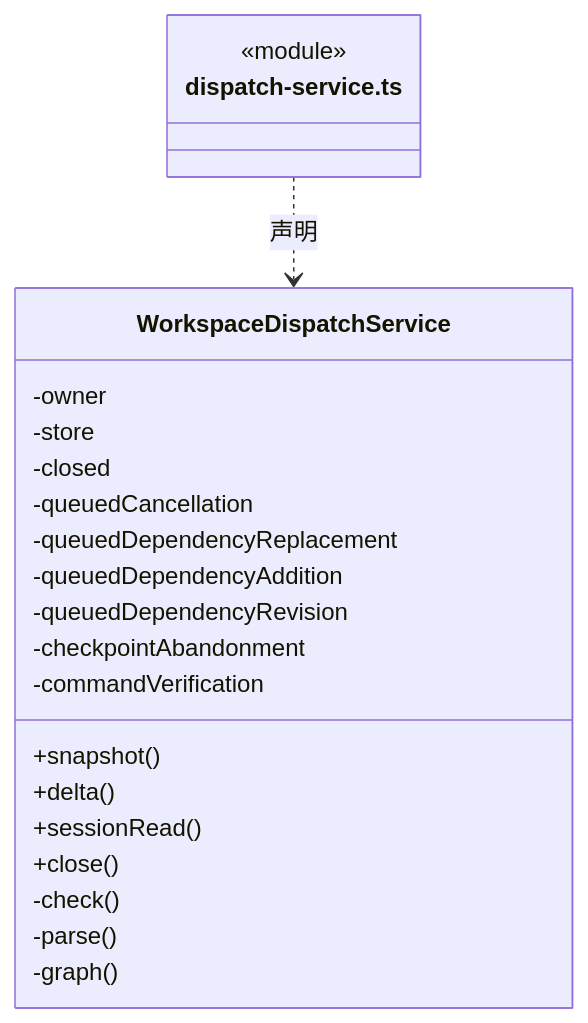
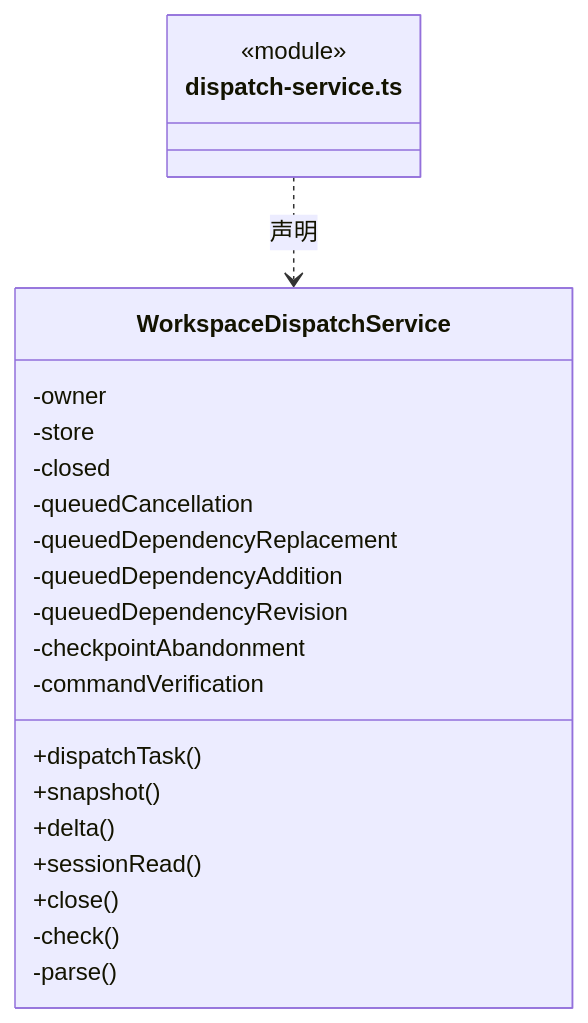
One commit to nan023062/cbim changed the eighth of 15 diagrams in src/logic/dispatch/runtime/ARCHITECTURE.md. Above: the diagram before and after it, drawn with Mermaid. The commit also changed other lines of this file and 50 other files, not shown here.

````diff
--- a/src/logic/dispatch/runtime/ARCHITECTURE.md
+++ b/src/logic/dispatch/runtime/ARCHITECTURE.md
@@ -260,25 +262,25 @@
 ```mermaid
 classDiagram
 class N_src_logic_dispatch_runtime_dispatch_service_ts["dispatch-service.ts"] {
   <<module>>
 }
 class N_src_logic_dispatch_runtime_dispatch_service_ts_WorkspaceDispatchService["WorkspaceDispatchService"] {
+  +dispatchTask()
   +snapshot()
   +delta()
   +sessionRead()
   +close()
   -owner
   -store
   -closed
   -queuedCancellation
   -queuedDependencyReplacement
   -queuedDependencyAddition
   -queuedDependencyRevision
   -checkpointAbandonment
   -commandVerification
   -check()
   -parse()
-  -graph()
 }
 N_src_logic_dispatch_runtime_dispatch_service_ts ..> N_src_logic_dispatch_runtime_dispatch_service_ts_WorkspaceDispatchService : 声明
 ```
````
